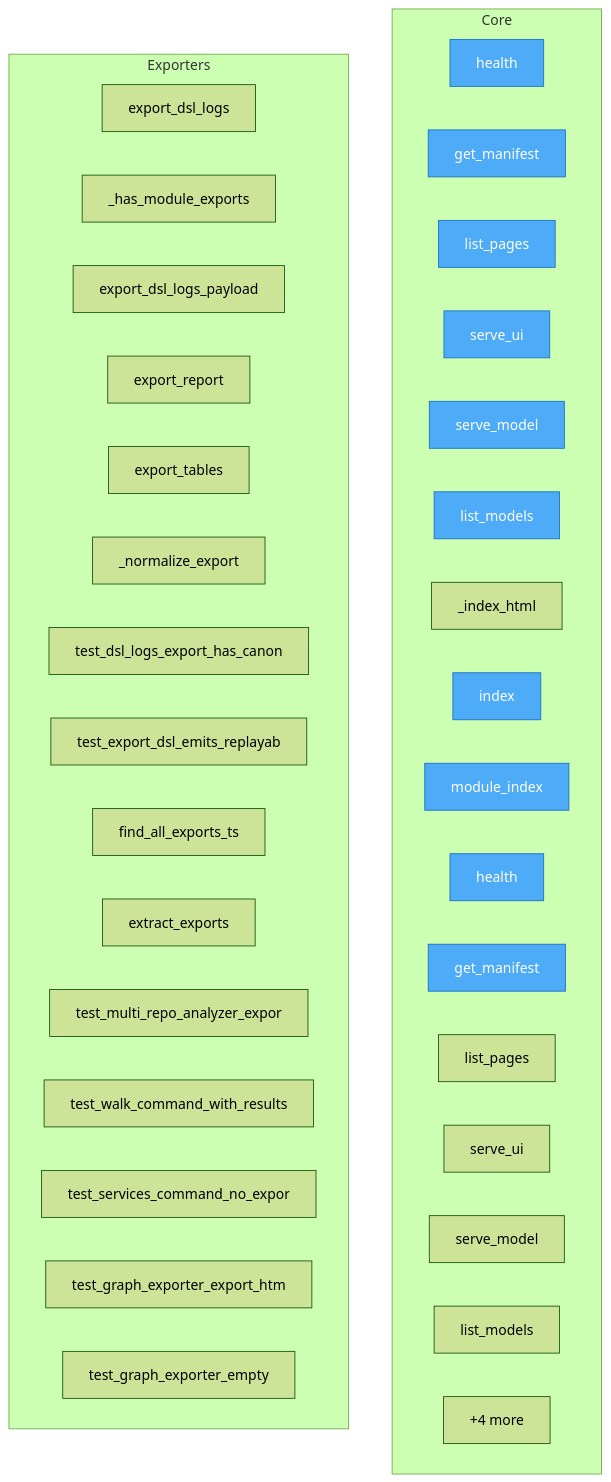
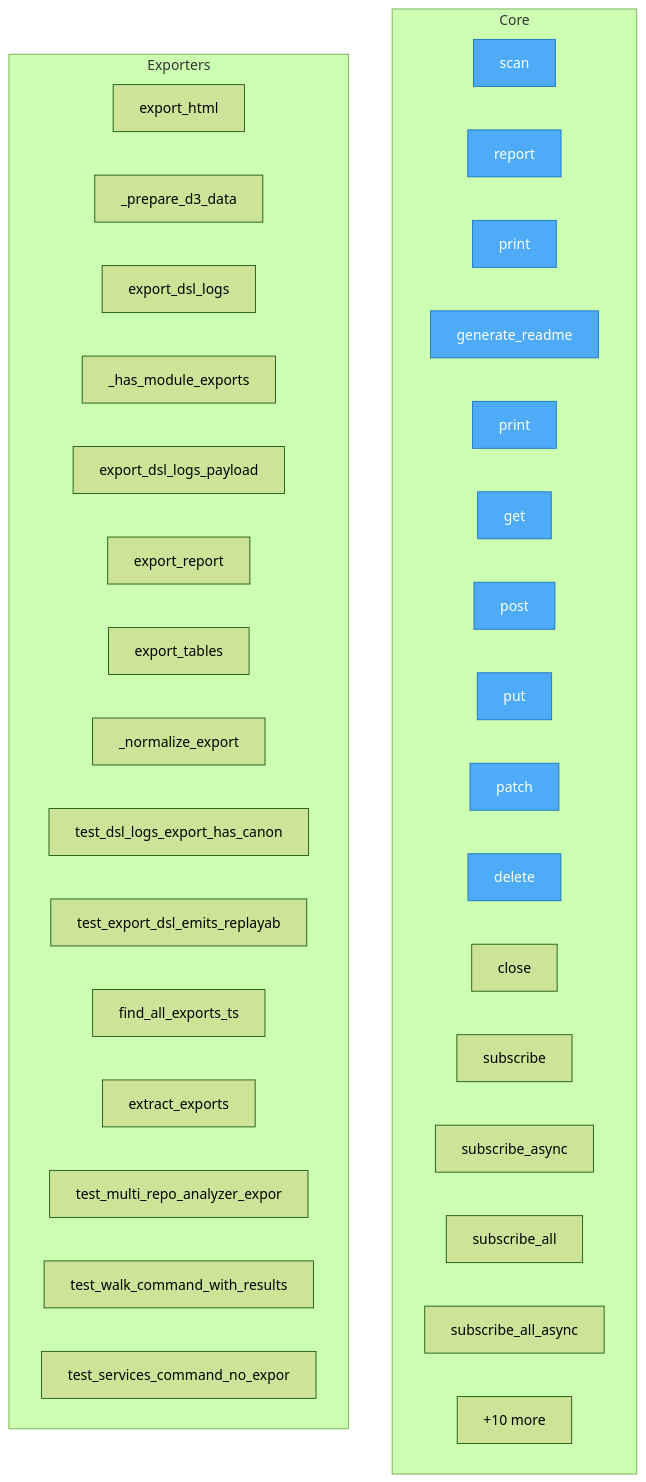
The diagram in project/flow.mmd (semcod/resplit), drawn with Mermaid (forest theme) before and after one commit. The commit also changed 42 other files, not shown here.

```diff
--- a/project/flow.mmd
+++ b/project/flow.mmd
@@ -1,44 +1,45 @@
 flowchart TD
+%% generated in 0.03s
 
     %% Entry points (blue)
     classDef entry fill:#4dabf7,stroke:#1971c2,color:#fff
 
     subgraph Core
-        restored_c2004_health__api_health__backend__modules__connect_config_network__api__main__health["health"]
-        restored_c2004_health__api_health__backend__modules__connect_config_network__api__main__get_manifest["get_manifest"]
-        restored_c2004_health__api_health__backend__modules__connect_config_network__api__main__list_pages["list_pages"]
-        restored_c2004_health__api_health__backend__modules__connect_config_network__api__main__serve_ui["serve_ui"]
-        restored_c2004_health__api_health__backend__modules__connect_config_network__api__main__serve_model["serve_model"]
-        restored_c2004_health__api_health__backend__modules__connect_config_network__api__main__list_models["list_models"]
-        restored_c2004_health__api_health__backend__modules__connect_config_network__api__main___index_html["_index_html"]
-        restored_c2004_health__api_health__backend__modules__connect_config_network__api__main__index["index"]
-        restored_c2004_health__api_health__backend__modules__connect_config_network__api__main__module_index["module_index"]
-        restored_c2004_health__api_health__backend__modules__connect_id_user_list__api__main__health["health"]
-        restored_c2004_health__api_health__backend__modules__connect_id_user_list__api__main__get_manifest["get_manifest"]
-        restored_c2004_health__api_health__backend__modules__connect_id_user_list__api__main__list_pages["list_pages"]
-        restored_c2004_health__api_health__backend__modules__connect_id_user_list__api__main__serve_ui["serve_ui"]
-        restored_c2004_health__api_health__backend__modules__connect_id_user_list__api__main__serve_model["serve_model"]
-        restored_c2004_health__api_health__backend__modules__connect_id_user_list__api__main__list_models["list_models"]
-        ...["+3197 more"]
+        docs__guide__plugins__scan["scan"]
+        docs__guide__plugins__report["report"]
+        docs__guide__plugins__print["print"]
+        docs__README__generate_readme["generate_readme"]
+        docs__getting_started__configuration__print["print"]
+        rebuild__infrastructure__http_adapter__HttpAdapter__get["get"]
+        rebuild__infrastructure__http_adapter__HttpAdapter__post["post"]
+        rebuild__infrastructure__http_adapter__HttpAdapter__put["put"]
+        rebuild__infrastructure__http_adapter__HttpAdapter__patch["patch"]
+        rebuild__infrastructure__http_adapter__HttpAdapter__delete["delete"]
+        rebuild__infrastructure__http_adapter__HttpAdapter__close["close"]
+        rebuild__infrastructure__event_bus__EventBus__subscribe["subscribe"]
+        rebuild__infrastructure__event_bus__EventBus__subscribe_async["subscribe_async"]
+        rebuild__infrastructure__event_bus__EventBus__subscribe_all["subscribe_all"]
+        rebuild__infrastructure__event_bus__EventBus__subscribe_all_async["subscribe_all_async"]
+        ...["+3582 more"]
     end
 
     subgraph Exporters
+        rebuild__analysis__graph_exporter__GraphExporter__export_html["export_html"]
+        rebuild__analysis__graph_exporter__GraphExporter___prepare_d3_data["_prepare_d3_data"]
         SUMD__export_dsl_logs["export_dsl_logs"]
         SUMD___has_module_exports["_has_module_exports"]
         SUMD__export_dsl_logs_payload["export_dsl_logs_payload"]
         SUMD__export_report["export_report"]
         SUMD__export_tables["export_tables"]
         SUMD___normalize_export["_normalize_export"]
         SUMD__test_dsl_logs_export_has_canonical_logs_route_and_dsl_alias["test_dsl_logs_export_has_canon"]
         SUMD__test_export_dsl_emits_replayable_api_lines_and_comments_unknown_entries["test_export_dsl_emits_replayab"]
         SUMD__find_all_exports_ts["find_all_exports_ts"]
         SUMD__extract_exports["extract_exports"]
         SUMD__test_multi_repo_analyzer_export_json["test_multi_repo_analyzer_expor"]
         SUMD__test_walk_command_with_results_generates_exports["test_walk_command_with_results"]
         SUMD__test_services_command_no_export["test_services_command_no_expor"]
-        SUMD__test_graph_exporter_export_html["test_graph_exporter_export_htm"]
-        SUMD__test_graph_exporter_empty["test_graph_exporter_empty"]
-        ...["+4 more"]
+        ...["+10 more"]
     end
 
-    class restored_c2004_health__api_health__backend__modules__connect_config_network__api__main__health,restored_c2004_health__api_health__backend__modules__connect_config_network__api__main__get_manifest,restored_c2004_health__api_health__backend__modules__connect_config_network__api__main__list_pages,restored_c2004_health__api_health__backend__modules__connect_config_network__api__main__serve_ui,restored_c2004_health__api_health__backend__modules__connect_config_network__api__main__serve_model,restored_c2004_health__api_health__backend__modules__connect_config_network__api__main__list_models,restored_c2004_health__api_health__backend__modules__connect_config_network__api__main__index,restored_c2004_health__api_health__backend__modules__connect_config_network__api__main__module_index,restored_c2004_health__api_health__backend__modules__connect_id_user_list__api__main__health,restored_c2004_health__api_health__backend__modules__connect_id_user_list__api__main__get_manifest entry
+    class docs__guide__plugins__scan,docs__guide__plugins__report,docs__guide__plugins__print,docs__README__generate_readme,docs__getting_started__configuration__print,rebuild__infrastructure__http_adapter__HttpAdapter__get,rebuild__infrastructure__http_adapter__HttpAdapter__post,rebuild__infrastructure__http_adapter__HttpAdapter__put,rebuild__infrastructure__http_adapter__HttpAdapter__patch,rebuild__infrastructure__http_adapter__HttpAdapter__delete entry
```
